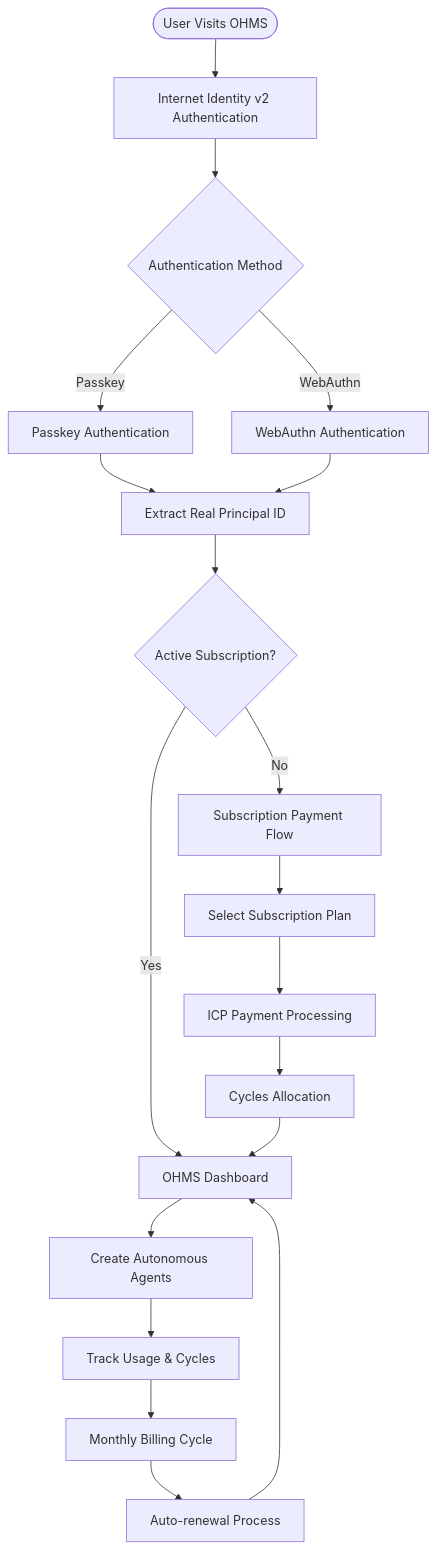
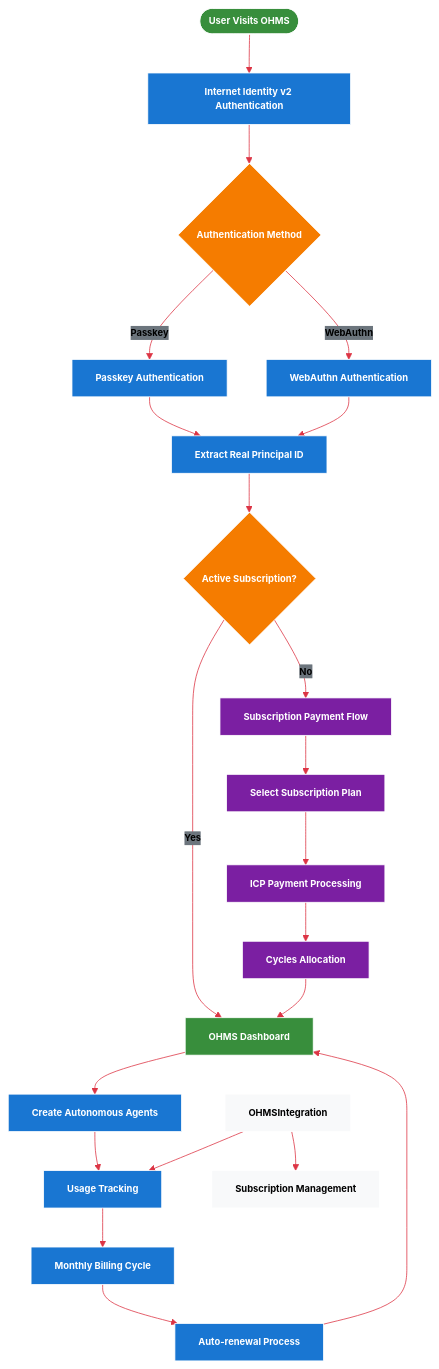
Before and after one commit to OHMS-DeAI/ohms-2.0: the second of 9 diagrams in docs/system-architecture-diagrams.md, drawn with Mermaid. The commit also changed other lines of this file and 4 other files, not shown here.

````diff
--- a/docs/system-architecture-diagrams.md
+++ b/docs/system-architecture-diagrams.md
@@ -146,28 +178,42 @@
 ```mermaid
+%%{init: {'theme': 'base', 'themeVariables': {'primaryColor': '#f8f9fa', 'primaryTextColor': '#000000', 'primaryBorderColor': '#ffffff', 'lineColor': '#dc3545', 'lineWidth': '4px', 'sectionBkgColor': '#f8f9fa', 'altSectionBkgColor': '#e9ecef', 'secondaryColor': '#6c757d', 'tertiaryColor': '#495057', 'fontFamily': 'Arial', 'fontSize': '12px', 'fontWeight': 'bold'}}}%%
 flowchart TD
-    Start([User Visits OHMS]) --> IIv2Auth[Internet Identity v2 Authentication]
+    Start(["<b>User Visits OHMS</b>"]) --> IIv2Auth["<b>Internet Identity v2 Authentication</b>"]
     
-    IIv2Auth --> AuthChoice{Authentication Method}
+    IIv2Auth --> AuthChoice{"<b>Authentication Method</b>"}
     
-    AuthChoice -->|Passkey| PasskeyFlow[Passkey Authentication]
-    AuthChoice -->|WebAuthn| WebAuthnFlow[WebAuthn Authentication]
+    AuthChoice -->|"<b>Passkey</b>"| PasskeyFlow["<b>Passkey Authentication</b>"]
+    AuthChoice -->|"<b>WebAuthn</b>"| WebAuthnFlow["<b>WebAuthn Authentication</b>"]
     
-    PasskeyFlow --> PrincipalExtraction[Extract Real Principal ID]
+    PasskeyFlow --> PrincipalExtraction["<b>Extract Real Principal ID</b>"]
     WebAuthnFlow --> PrincipalExtraction
     
-    PrincipalExtraction --> SubscriptionCheck{Active Subscription?}
+    PrincipalExtraction --> SubscriptionCheck{"<b>Active Subscription?</b>"}
     
-    SubscriptionCheck -->|No| PaymentFlow[Subscription Payment Flow]
-    SubscriptionCheck -->|Yes| Dashboard[OHMS Dashboard]
+    SubscriptionCheck -->|"<b>No</b>"| PaymentFlow["<b>Subscription Payment Flow</b>"]
+    SubscriptionCheck -->|"<b>Yes</b>"| Dashboard["<b>OHMS Dashboard</b>"]
     
-    PaymentFlow --> SelectPlan[Select Subscription Plan]
-    SelectPlan --> ICPPayment[ICP Payment Processing]
-    ICPPayment --> CyclesAllocation[Cycles Allocation]
+    PaymentFlow --> SelectPlan["<b>Select Subscription Plan</b>"]
+    SelectPlan --> ICPPayment["<b>ICP Payment Processing</b>"]
+    ICPPayment --> CyclesAllocation["<b>Cycles Allocation</b>"]
     CyclesAllocation --> Dashboard
     
-    Dashboard --> AgentCreation[Create Autonomous Agents]
-    AgentCreation --> UsageTracking[Track Usage & Cycles]
-    UsageTracking --> BillingCycle[Monthly Billing Cycle]
-    BillingCycle --> AutoRenewal[Auto-renewal Process]
+    Dashboard --> AgentCreation["<b>Create Autonomous Agents</b>"]
+    AgentCreation --> UsageTracking["<b>Track Usage & Cycles</b>"]
+    UsageTracking --> BillingCycle["<b>Monthly Billing Cycle</b>"]
+    BillingCycle --> AutoRenewal["<b>Auto-renewal Process</b>"]
     AutoRenewal --> Dashboard
+
+    classDef default fill:#f8f9fa,stroke:#ffffff,stroke-width:1px,color:#000000,font-weight:bold
+    classDef startEnd fill:#388e3c,stroke:#ffffff,stroke-width:1px,color:#ffffff,font-weight:bold
+    classDef process fill:#1976d2,stroke:#ffffff,stroke-width:1px,color:#ffffff,font-weight:bold
+    classDef decision fill:#f57c00,stroke:#ffffff,stroke-width:1px,color:#ffffff,font-weight:bold
+    classDef payment fill:#7b1fa2,stroke:#ffffff,stroke-width:1px,color:#ffffff,font-weight:bold
+    
+    class Start,Dashboard startEnd
+    class IIv2Auth,PasskeyFlow,WebAuthnFlow,PrincipalExtraction,AgentCreation,UsageTracking,BillingCycle,AutoRenewal process
+    class AuthChoice,SubscriptionCheck decision
+    class PaymentFlow,SelectPlan,ICPPayment,CyclesAllocation payment
+    OHMSIntegration --> SubscriptionManagement[Subscription Management]
+    OHMSIntegration --> UsageTracking[Usage Tracking]
 ```
````
